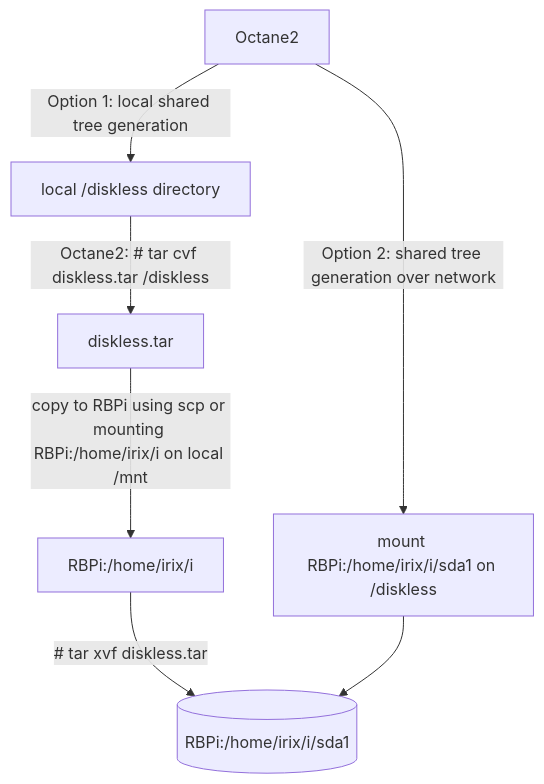
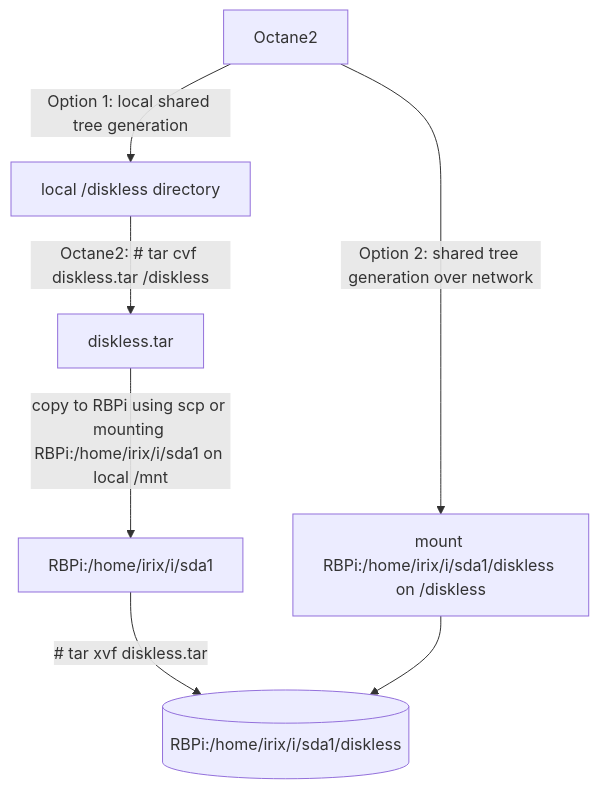
One commit to Linux-RISC/IRIX-diskless-workstation changed the second of 3 diagrams in README.md. Above: the diagram before and after it, drawn with Mermaid. The commit also changed other lines of this file, not shown here.

````diff
--- a/README.md
+++ b/README.md
@@ -49,6 +49,6 @@
 ```mermaid
 graph TD;
     Octane2--Option 1: local shared tree generation-->local_diskless[local /diskless directory]--Octane2: # tar cvf diskless.tar /diskless-->diskless.tar;
-    diskless.tar--copy to RBPi using scp or mounting RBPi:/home/irix/i on local /mnt-->RBPi:/home/irix/i--# tar xvf diskless.tar-->RBPi[(RBPi:/home/irix/i/diskless)];
-   Octane2--Option 2: shared tree generation over network-->mount_RBPi[mount RBPi:/home/irix/i/sda1 on /diskless]-->RBPi[(RBPi:/home/irix/i/sda1)];
+    diskless.tar--copy to RBPi using scp or mounting RBPi:/home/irix/i/sda1 on local /mnt-->RBPi:/home/irix/i/sda1--# tar xvf diskless.tar-->RBPi[(RBPi:/home/irix/i/sda1/diskless)];
+   Octane2--Option 2: shared tree generation over network-->mount_RBPi[mount RBPi:/home/irix/i/sda1/diskless on /diskless]-->RBPi[(RBPi:/home/irix/i/sda1/diskless)];
 ```
````
